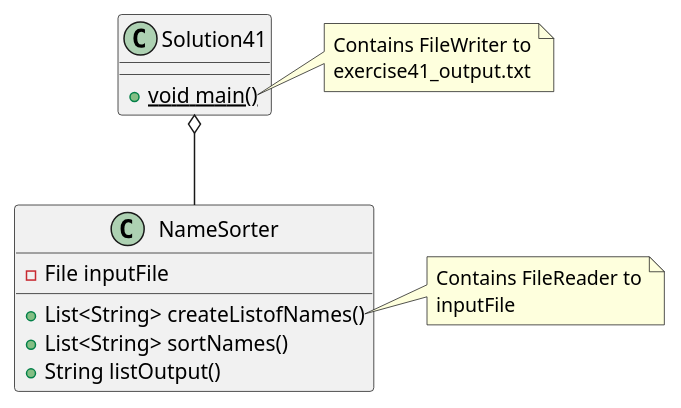
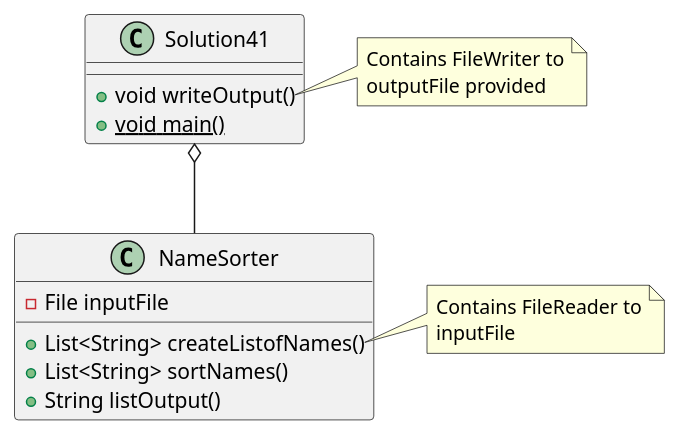
One commit to lastingParadox/preston-a04 changed the diagram in exercise41/docs/classes.puml. Above: the diagram before and after it, drawn with PlantUML. The commit also changed 6 other files, not shown here.

Commit message:
Added method logic, unit tests, and updated diagram in exercise41

```diff
--- a/exercise41/docs/classes.puml
+++ b/exercise41/docs/classes.puml
@@ -1,26 +1,27 @@
 @startuml
 class Solution41 {
+    +void writeOutput()
     +{static} void main()
 }
 
 class NameSorter {
     -File inputFile
 
     +List<String> createListofNames()
     +List<String> sortNames()
     +String listOutput()
 }
 
 note right of NameSorter::createListofNames()
     Contains FileReader to
     inputFile
 end note
 
-note right of Solution41::main
+note right of Solution41::writeOutput
     Contains FileWriter to
-    exercise41_output.txt
+    outputFile provided
 end note
 
 Solution41 o-- NameSorter
 
 @enduml
```
